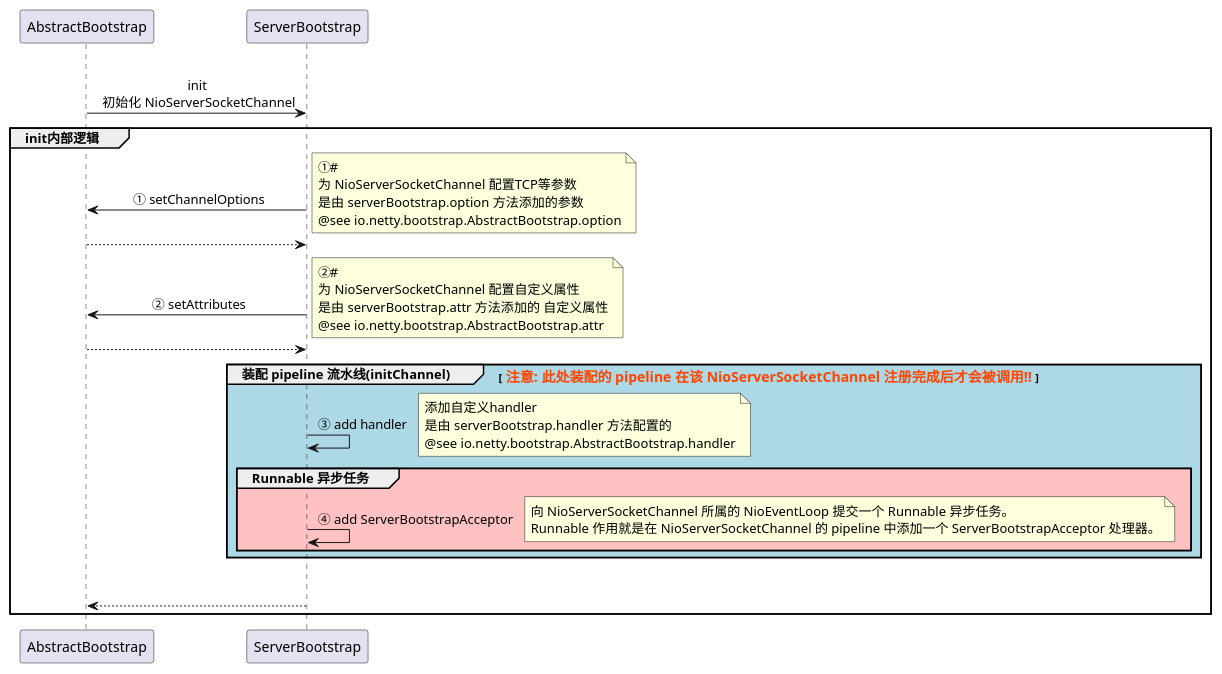
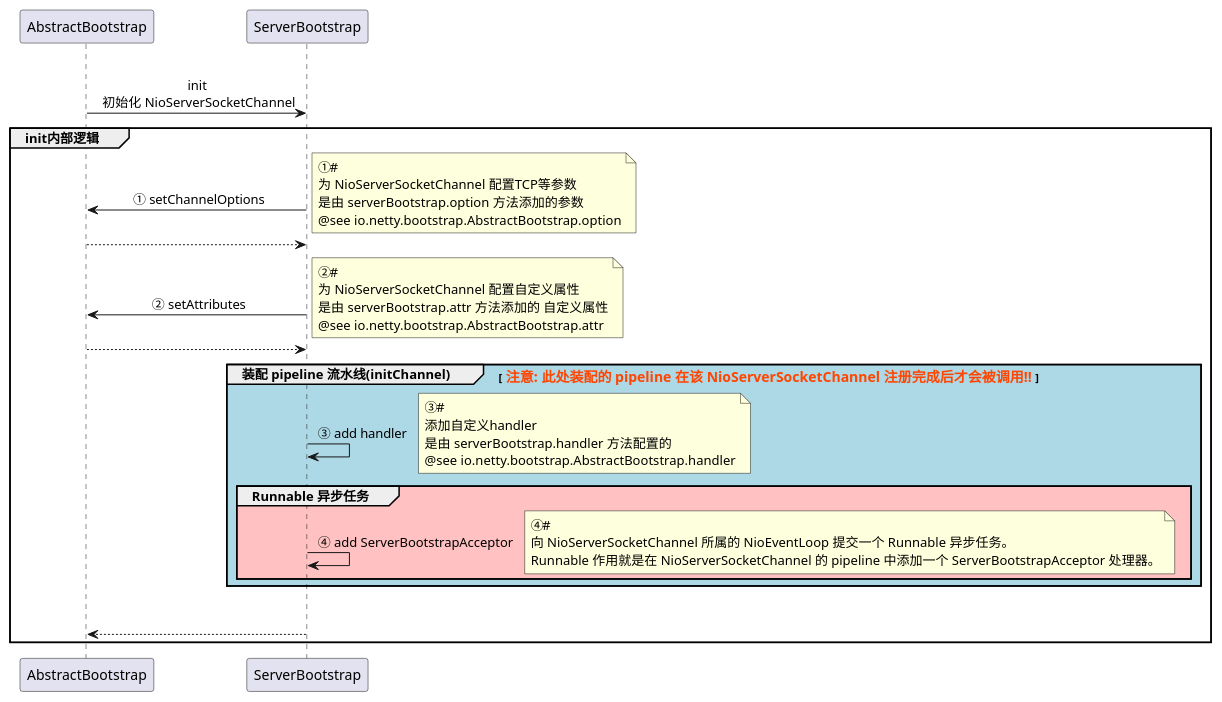
Before and after one commit to Simba-cheng/netty: the diagram in puml/1_1_1-ServerBootstrap#initAndRegister#init.puml, drawn with PlantUML. The commit also changed 2 other files, not shown here.

Commit message:
refactor(code): 源码添加注释、流程图、类图

```diff
--- a/puml/1_1_1-ServerBootstrap#initAndRegister#init.puml
+++ b/puml/1_1_1-ServerBootstrap#initAndRegister#init.puml
@@ -1,47 +1,49 @@
 @startuml
 
 '箭头上的文字居中
 skinparam sequenceMessageAlign center
 
 AbstractBootstrap -> ServerBootstrap: \n init \n 初始化 NioServerSocketChannel
 
 group init内部逻辑
 
     ServerBootstrap -> AbstractBootstrap: \n ① setChannelOptions
         note right
             ①#
             为 NioServerSocketChannel 配置TCP等参数
             是由 serverBootstrap.option 方法添加的参数
             @see io.netty.bootstrap.AbstractBootstrap.option
         end note
     AbstractBootstrap --> ServerBootstrap
 
     ServerBootstrap -> AbstractBootstrap: \n ② setAttributes
         note right
             ②#
             为 NioServerSocketChannel 配置自定义属性
             是由 serverBootstrap.attr 方法添加的 自定义属性
             @see io.netty.bootstrap.AbstractBootstrap.attr
         end note
     AbstractBootstrap --> ServerBootstrap
 
     group #ADD8E6 装配 pipeline 流水线(initChannel) [<color:#FF4500><size:14> 注意: 此处装配的 pipeline 在该 NioServerSocketChannel 注册完成后才会被调用!! </size></color>]
         ServerBootstrap -> ServerBootstrap: \n ③ add handler
             note right
+                ③#
                 添加自定义handler
                 是由 serverBootstrap.handler 方法配置的
                 @see io.netty.bootstrap.AbstractBootstrap.handler
             end note
 
         group #FFC1C1 Runnable 异步任务
             ServerBootstrap -> ServerBootstrap: \n ④ add ServerBootstrapAcceptor
                 note right
+                    ④#
                     向 NioServerSocketChannel 所属的 NioEventLoop 提交一个 Runnable 异步任务。
                     Runnable 作用就是在 NioServerSocketChannel 的 pipeline 中添加一个 ServerBootstrapAcceptor 处理器。
                 end note
         end
     end
     ServerBootstrap --> AbstractBootstrap: \n
 end
 
 @enduml
```
